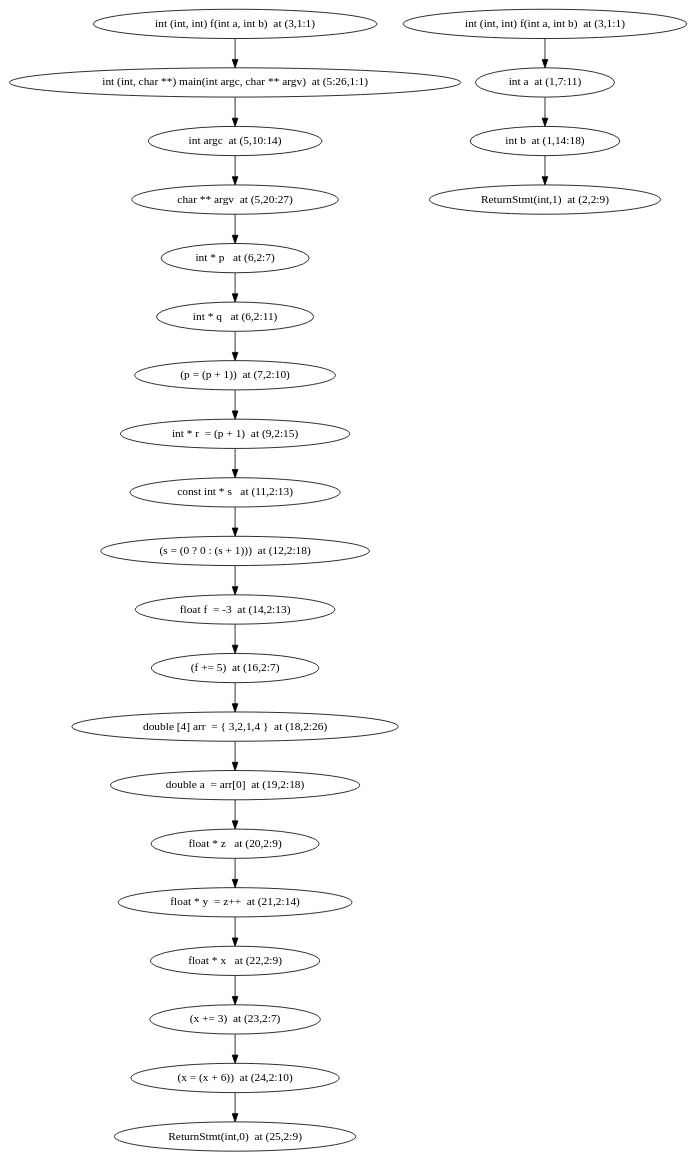
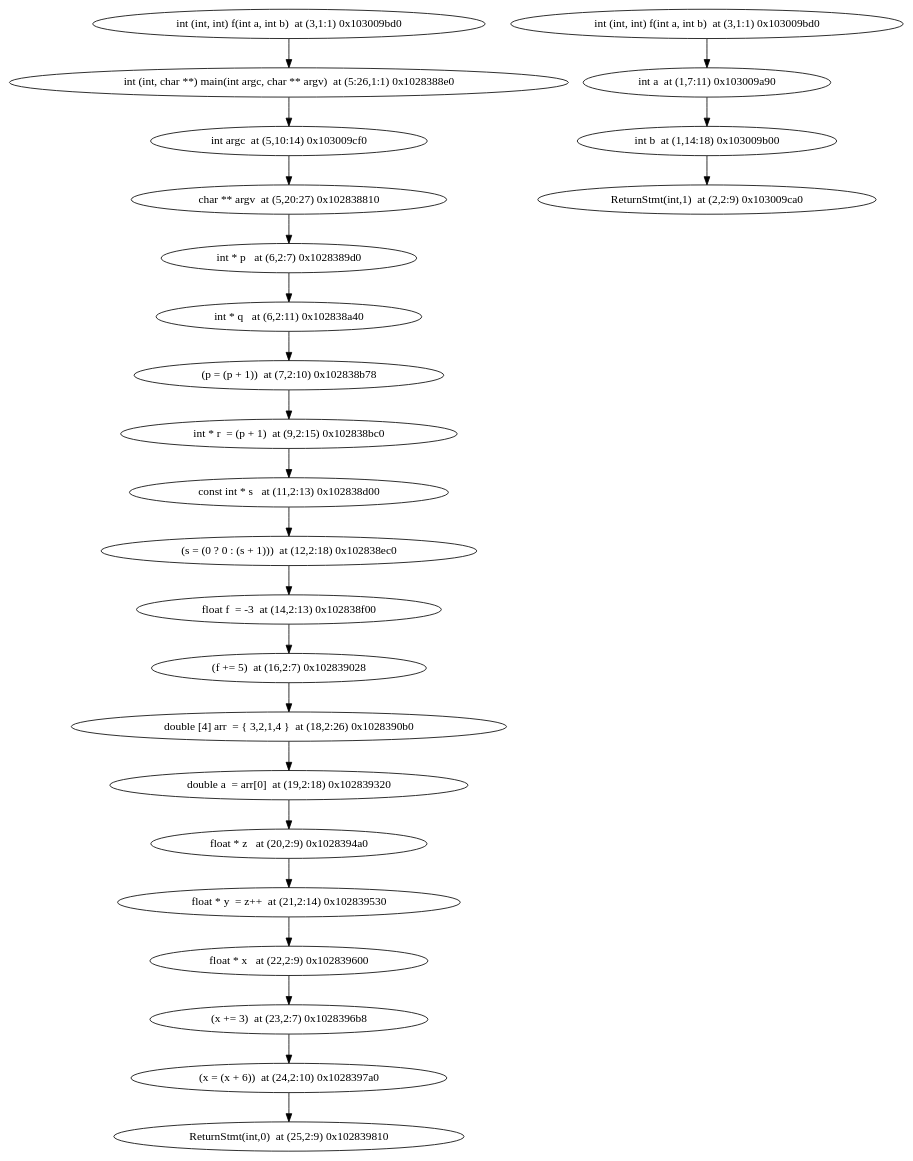
The diagram in ModelChecker/unitary_tests/Model_checker/test.dot (jxw1102/Projet-merou), drawn with Graphviz before and after one commit. The commit also changed 11 other files, not shown here.

```diff
--- a/ModelChecker/unitary_tests/Model_checker/test.dot
+++ b/ModelChecker/unitary_tests/Model_checker/test.dot
@@ -1,26 +1,26 @@
 digraph {
-{idc0x102825fd0 [label="int (int, int) f(int a, int b)  at (3,1:1)"]} -> {id0x1028742e0 [label="int (int, char **) main(int argc, char ** argv)  at (5:26,1:1)"]}
-{id0x1028742e0 [label="int (int, char **) main(int argc, char ** argv)  at (5:26,1:1)"]} -> {id0x1028260f0 [label="int argc  at (5,10:14)"]}
-{id0x1028260f0 [label="int argc  at (5,10:14)"]} -> {id0x102874210 [label="char ** argv  at (5,20:27)"]}
-{id0x102874210 [label="char ** argv  at (5,20:27)"]} -> {id0x1028743d0 [label="int * p   at (6,2:7)"]}
-{id0x1028743d0 [label="int * p   at (6,2:7)"]} -> {id0x102874440 [label="int * q   at (6,2:11)"]}
-{id0x102874440 [label="int * q   at (6,2:11)"]} -> {id0x102874578 [label="(p = (p + 1))  at (7,2:10)"]}
-{id0x102874578 [label="(p = (p + 1))  at (7,2:10)"]} -> {id0x1028745c0 [label="int * r  = (p + 1)  at (9,2:15)"]}
-{id0x1028745c0 [label="int * r  = (p + 1)  at (9,2:15)"]} -> {id0x102874700 [label="const int * s   at (11,2:13)"]}
-{id0x102874700 [label="const int * s   at (11,2:13)"]} -> {id0x1028748c0 [label="(s = (0 ? 0 : (s + 1)))  at (12,2:18)"]}
-{id0x1028748c0 [label="(s = (0 ? 0 : (s + 1)))  at (12,2:18)"]} -> {id0x102874900 [label="float f  = -3  at (14,2:13)"]}
-{id0x102874900 [label="float f  = -3  at (14,2:13)"]} -> {id0x102874a28 [label="(f += 5)  at (16,2:7)"]}
-{id0x102874a28 [label="(f += 5)  at (16,2:7)"]} -> {id0x102874ab0 [label="double [4] arr  = { 3,2,1,4 }  at (18,2:26)"]}
-{id0x102874ab0 [label="double [4] arr  = { 3,2,1,4 }  at (18,2:26)"]} -> {id0x102874d20 [label="double a  = arr[0]  at (19,2:18)"]}
-{id0x102874d20 [label="double a  = arr[0]  at (19,2:18)"]} -> {id0x102874ea0 [label="float * z   at (20,2:9)"]}
-{id0x102874ea0 [label="float * z   at (20,2:9)"]} -> {id0x102874f30 [label="float * y  = z++  at (21,2:14)"]}
-{id0x102874f30 [label="float * y  = z++  at (21,2:14)"]} -> {id0x102875000 [label="float * x   at (22,2:9)"]}
-{id0x102875000 [label="float * x   at (22,2:9)"]} -> {id0x1028750b8 [label="(x += 3)  at (23,2:7)"]}
-{id0x1028750b8 [label="(x += 3)  at (23,2:7)"]} -> {id0x1028751a0 [label="(x = (x + 6))  at (24,2:10)"]}
-{id0x1028751a0 [label="(x = (x + 6))  at (24,2:10)"]} -> {id0x10287a410 [label="ReturnStmt(int,0)  at (25,2:9)"]}
-{id0x10287a410 [label="ReturnStmt(int,0)  at (25,2:9)"]}
-{id0x102825fd0 [label="int (int, int) f(int a, int b)  at (3,1:1)"]} -> {id0x102825e90 [label="int a  at (1,7:11)"]}
-{id0x102825e90 [label="int a  at (1,7:11)"]} -> {id0x102825f00 [label="int b  at (1,14:18)"]}
-{id0x102825f00 [label="int b  at (1,14:18)"]} -> {id0x1028260a0 [label="ReturnStmt(int,1)  at (2,2:9)"]}
-{id0x1028260a0 [label="ReturnStmt(int,1)  at (2,2:9)"]}
+{main0x103009bd0 [label="int (int, int) f(int a, int b)  at (3,1:1) 0x103009bd0"]} -> {main0x1028388e0 [label="int (int, char **) main(int argc, char ** argv)  at (5:26,1:1) 0x1028388e0"]}
+{main0x1028388e0 [label="int (int, char **) main(int argc, char ** argv)  at (5:26,1:1) 0x1028388e0"]} -> {main0x103009cf0 [label="int argc  at (5,10:14) 0x103009cf0"]}
+{main0x103009cf0 [label="int argc  at (5,10:14) 0x103009cf0"]} -> {main0x102838810 [label="char ** argv  at (5,20:27) 0x102838810"]}
+{main0x102838810 [label="char ** argv  at (5,20:27) 0x102838810"]} -> {main0x1028389d0 [label="int * p   at (6,2:7) 0x1028389d0"]}
+{main0x1028389d0 [label="int * p   at (6,2:7) 0x1028389d0"]} -> {main0x102838a40 [label="int * q   at (6,2:11) 0x102838a40"]}
+{main0x102838a40 [label="int * q   at (6,2:11) 0x102838a40"]} -> {main0x102838b78 [label="(p = (p + 1))  at (7,2:10) 0x102838b78"]}
+{main0x102838b78 [label="(p = (p + 1))  at (7,2:10) 0x102838b78"]} -> {main0x102838bc0 [label="int * r  = (p + 1)  at (9,2:15) 0x102838bc0"]}
+{main0x102838bc0 [label="int * r  = (p + 1)  at (9,2:15) 0x102838bc0"]} -> {main0x102838d00 [label="const int * s   at (11,2:13) 0x102838d00"]}
+{main0x102838d00 [label="const int * s   at (11,2:13) 0x102838d00"]} -> {main0x102838ec0 [label="(s = (0 ? 0 : (s + 1)))  at (12,2:18) 0x102838ec0"]}
+{main0x102838ec0 [label="(s = (0 ? 0 : (s + 1)))  at (12,2:18) 0x102838ec0"]} -> {main0x102838f00 [label="float f  = -3  at (14,2:13) 0x102838f00"]}
+{main0x102838f00 [label="float f  = -3  at (14,2:13) 0x102838f00"]} -> {main0x102839028 [label="(f += 5)  at (16,2:7) 0x102839028"]}
+{main0x102839028 [label="(f += 5)  at (16,2:7) 0x102839028"]} -> {main0x1028390b0 [label="double [4] arr  = { 3,2,1,4 }  at (18,2:26) 0x1028390b0"]}
+{main0x1028390b0 [label="double [4] arr  = { 3,2,1,4 }  at (18,2:26) 0x1028390b0"]} -> {main0x102839320 [label="double a  = arr[0]  at (19,2:18) 0x102839320"]}
+{main0x102839320 [label="double a  = arr[0]  at (19,2:18) 0x102839320"]} -> {main0x1028394a0 [label="float * z   at (20,2:9) 0x1028394a0"]}
+{main0x1028394a0 [label="float * z   at (20,2:9) 0x1028394a0"]} -> {main0x102839530 [label="float * y  = z++  at (21,2:14) 0x102839530"]}
+{main0x102839530 [label="float * y  = z++  at (21,2:14) 0x102839530"]} -> {main0x102839600 [label="float * x   at (22,2:9) 0x102839600"]}
+{main0x102839600 [label="float * x   at (22,2:9) 0x102839600"]} -> {main0x1028396b8 [label="(x += 3)  at (23,2:7) 0x1028396b8"]}
+{main0x1028396b8 [label="(x += 3)  at (23,2:7) 0x1028396b8"]} -> {main0x1028397a0 [label="(x = (x + 6))  at (24,2:10) 0x1028397a0"]}
+{main0x1028397a0 [label="(x = (x + 6))  at (24,2:10) 0x1028397a0"]} -> {main0x102839810 [label="ReturnStmt(int,0)  at (25,2:9) 0x102839810"]}
+{main0x102839810 [label="ReturnStmt(int,0)  at (25,2:9) 0x102839810"]}
+{f0x103009bd0 [label="int (int, int) f(int a, int b)  at (3,1:1) 0x103009bd0"]} -> {f0x103009a90 [label="int a  at (1,7:11) 0x103009a90"]}
+{f0x103009a90 [label="int a  at (1,7:11) 0x103009a90"]} -> {f0x103009b00 [label="int b  at (1,14:18) 0x103009b00"]}
+{f0x103009b00 [label="int b  at (1,14:18) 0x103009b00"]} -> {f0x103009ca0 [label="ReturnStmt(int,1)  at (2,2:9) 0x103009ca0"]}
+{f0x103009ca0 [label="ReturnStmt(int,1)  at (2,2:9) 0x103009ca0"]}
 }
```
